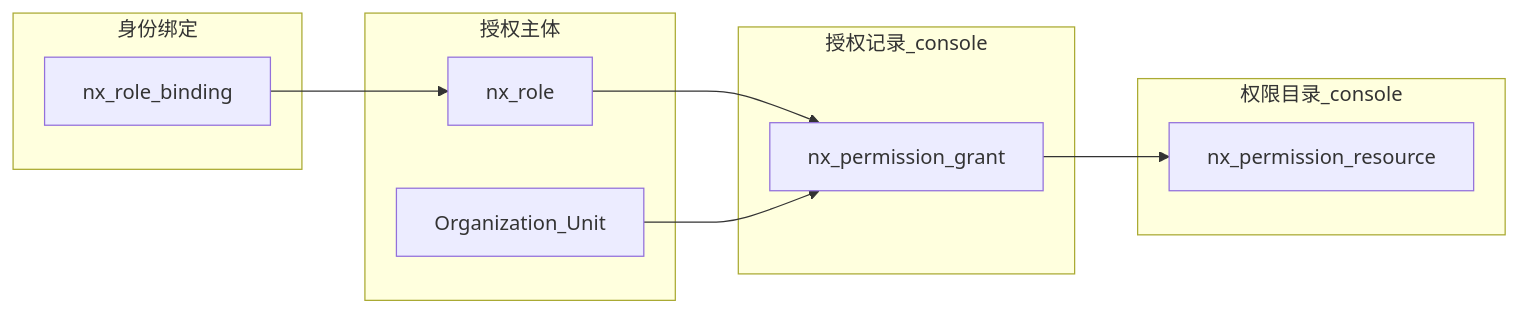
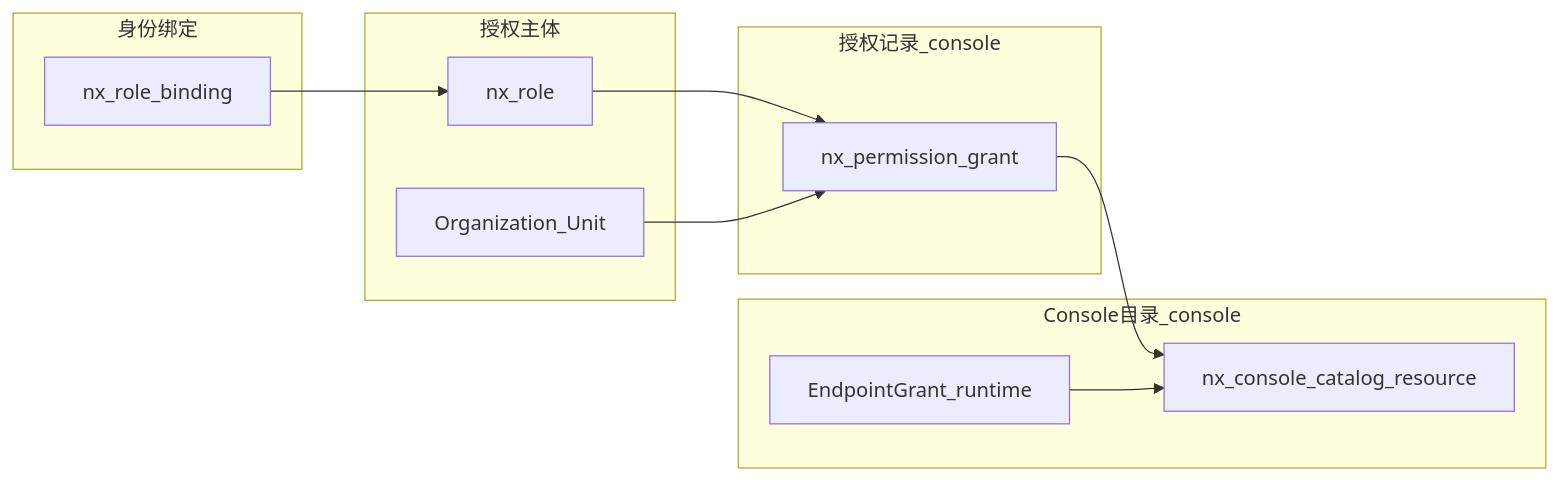
Before and after one commit to innospots/innospots-nexus: the fourth of 9 diagrams in docs/design/multi-tenant-governance-design.md, drawn with Mermaid. The commit also changed other lines of this file and 374 other files, not shown here.

````diff
--- a/docs/design/multi-tenant-governance-design.md
+++ b/docs/design/multi-tenant-governance-design.md
@@ -792,24 +794,26 @@
 ```mermaid
 flowchart LR
-    subgraph catalog [权限目录_console]
-        Resource[nx_permission_resource]
+    subgraph catalog [Console目录_console]
+        Resource[nx_console_catalog_resource]
+        EndpointGrant[EndpointGrant_runtime]
     end
 
     subgraph subjects [授权主体]
         Role[nx_role]
         OrgUnit[Organization_Unit]
     end
 
     subgraph grant [授权记录_console]
         PG[nx_permission_grant]
     end
 
     subgraph binding [身份绑定]
         RB[nx_role_binding]
     end
 
     Role --> PG
     OrgUnit --> PG
     PG --> Resource
+    EndpointGrant --> Resource
     RB --> Role
 ```
````
